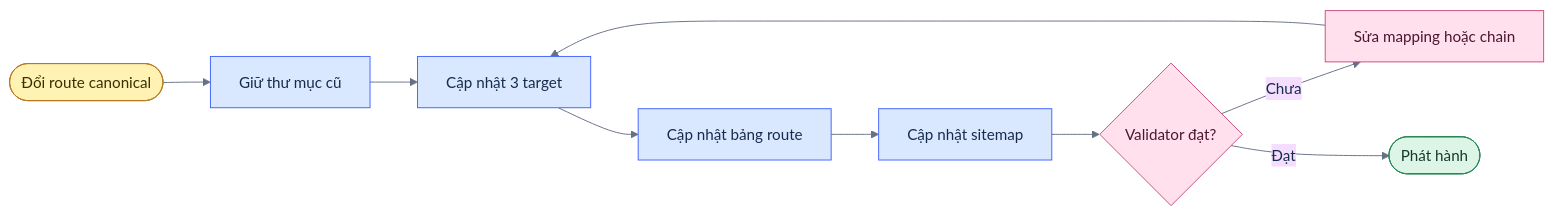
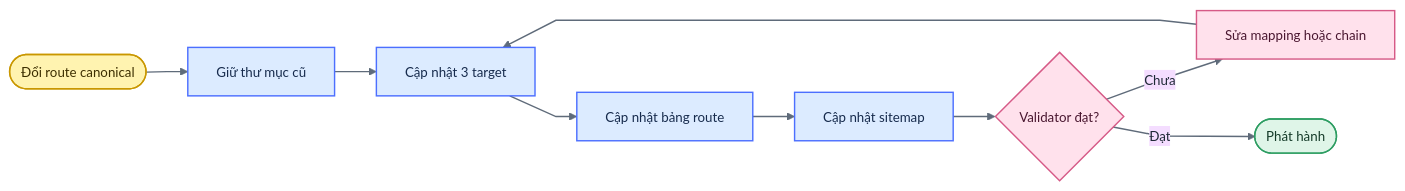
One commit to thangldw/thangldw.github.io changed the second of 2 diagrams in apps/URL-MIGRATION.md. Above: the diagram before and after it, drawn with Mermaid. The commit also changed other lines of this file and 7 other files, not shown here.

Commit message:
docs: clean repository guides and diagrams

````diff
--- a/apps/URL-MIGRATION.md
+++ b/apps/URL-MIGRATION.md
@@ -60,21 +61,22 @@
 ```mermaid
-%%{init: {"theme":"base","themeVariables":{"fontFamily":"Inter, Arial, sans-serif","lineColor":"#667085","primaryTextColor":"#172B4D"}}}%%
+%%{init: {"theme":"base","flowchart":{"curve":"linear","nodeSpacing":34,"rankSpacing":44},"themeVariables":{"fontFamily":"Inter, Arial, sans-serif","fontSize":"14px","lineColor":"#5F6B7A","primaryTextColor":"#1F2937","clusterBkg":"#FFFFFF","clusterBorder":"#CBD5E1"}}}%%
 flowchart LR
   Change(["Đổi route canonical"]) --> Keep["Giữ thư mục cũ"]
   Keep --> Targets["Cập nhật 3 target"]
   Targets --> Inventory["Cập nhật bảng route"]
   Inventory --> Sitemap["Cập nhật sitemap"]
   Sitemap --> Check{"Validator đạt?"}
   Check -->|"Chưa"| Repair["Sửa mapping hoặc chain"]
   Repair --> Targets
   Check -->|"Đạt"| Publish(["Phát hành"])
 
-  classDef yellow fill:#FFF2B2,stroke:#B7791F,color:#3B2F00,stroke-width:1px;
-  classDef blue fill:#D9E8FF,stroke:#4262FF,color:#172B4D,stroke-width:1px;
-  classDef green fill:#DDF5E7,stroke:#238653,color:#153B29,stroke-width:1px;
-  classDef pink fill:#FFE0EC,stroke:#C94F7C,color:#4A1730,stroke-width:1px;
-  class Change yellow;
-  class Keep,Targets,Inventory,Sitemap blue;
-  class Check,Repair pink;
-  class Publish green;
+  classDef stickyYellow fill:#FFF3B0,stroke:#C99700,color:#3D2F00,stroke-width:1.5px;
+  classDef stickyBlue fill:#DCEBFF,stroke:#4C6FFF,color:#172B4D,stroke-width:1.5px;
+  classDef stickyPink fill:#FFE1EC,stroke:#D65A87,color:#4A1730,stroke-width:1.5px;
+  classDef stickyGreen fill:#DFF5E8,stroke:#2D9D62,color:#153B29,stroke-width:1.5px;
+  class Change stickyYellow;
+  class Keep,Targets,Inventory,Sitemap stickyBlue;
+  class Check,Repair stickyPink;
+  class Publish stickyGreen;
+  linkStyle default stroke:#5F6B7A,stroke-width:1.5px;
 ```
````
